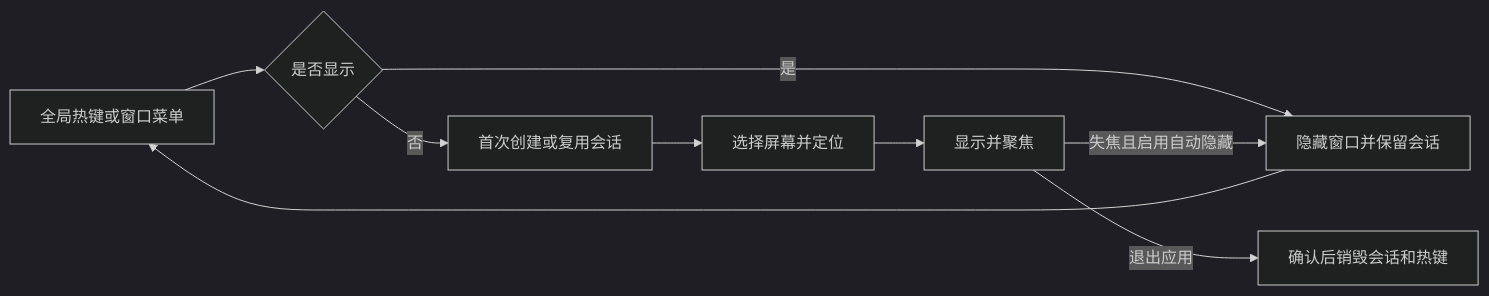
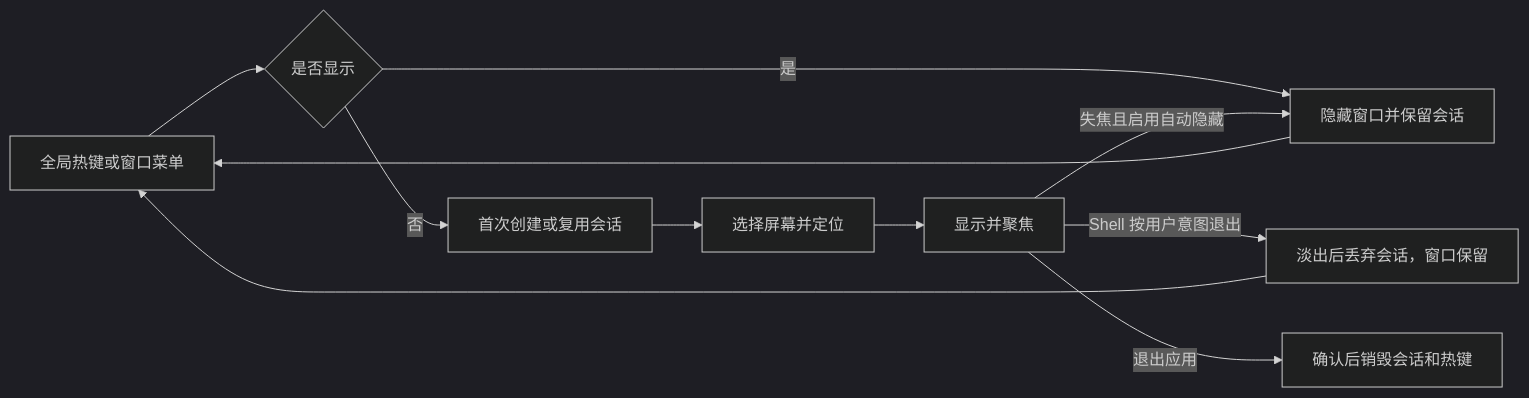
One commit to rambocode/aster changed the diagram in docs/developer/quick-terminal.md. Above: the diagram before and after it, drawn with Mermaid (dark theme). The commit also changed other lines of this file and 3 other files, not shown here.

````diff
--- a/docs/developer/quick-terminal.md
+++ b/docs/developer/quick-terminal.md
@@ -43,11 +49,13 @@
 ```mermaid
 flowchart LR
   A[全局热键或窗口菜单] --> B{是否显示}
   B -->|否| C[首次创建或复用会话]
   C --> D[选择屏幕并定位]
   D --> E[显示并聚焦]
   B -->|是| F[隐藏窗口并保留会话]
   E -->|失焦且启用自动隐藏| F
   F --> A
+  E -->|Shell 按用户意图退出| H[淡出后丢弃会话，窗口保留]
+  H --> A
   E -->|退出应用| G[确认后销毁会话和热键]
 ```
````
